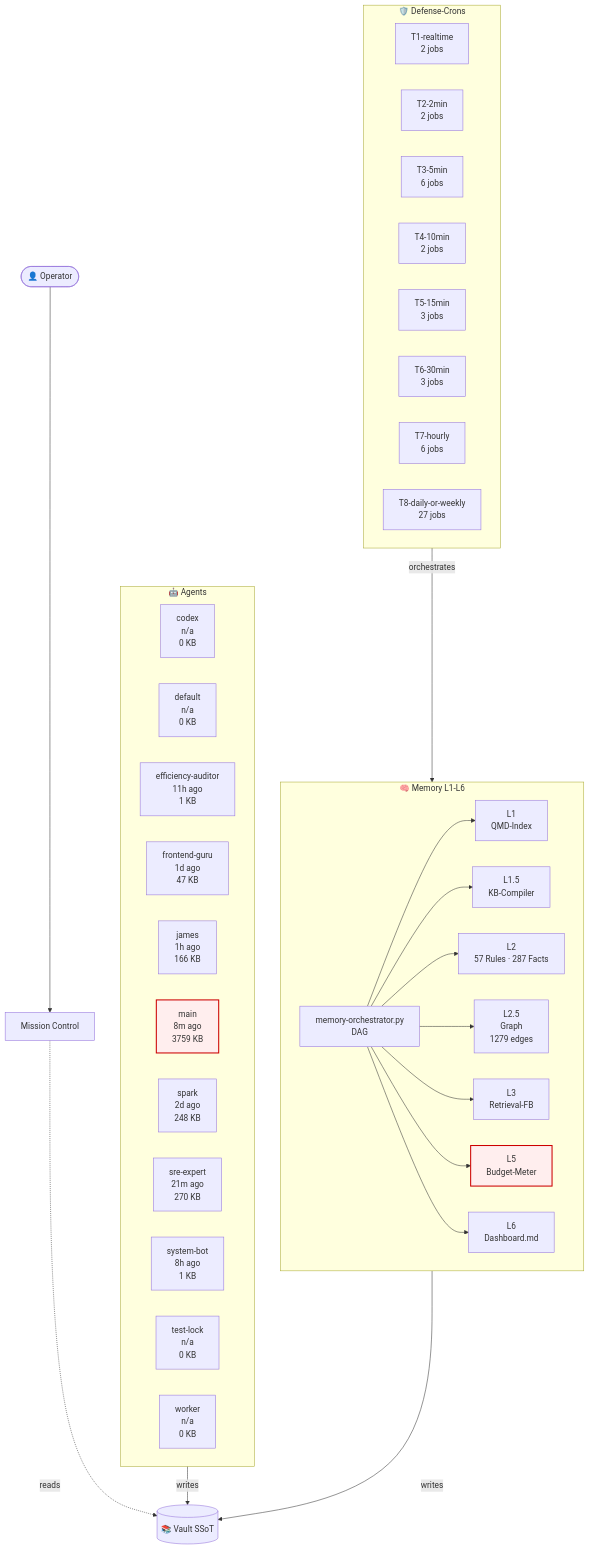
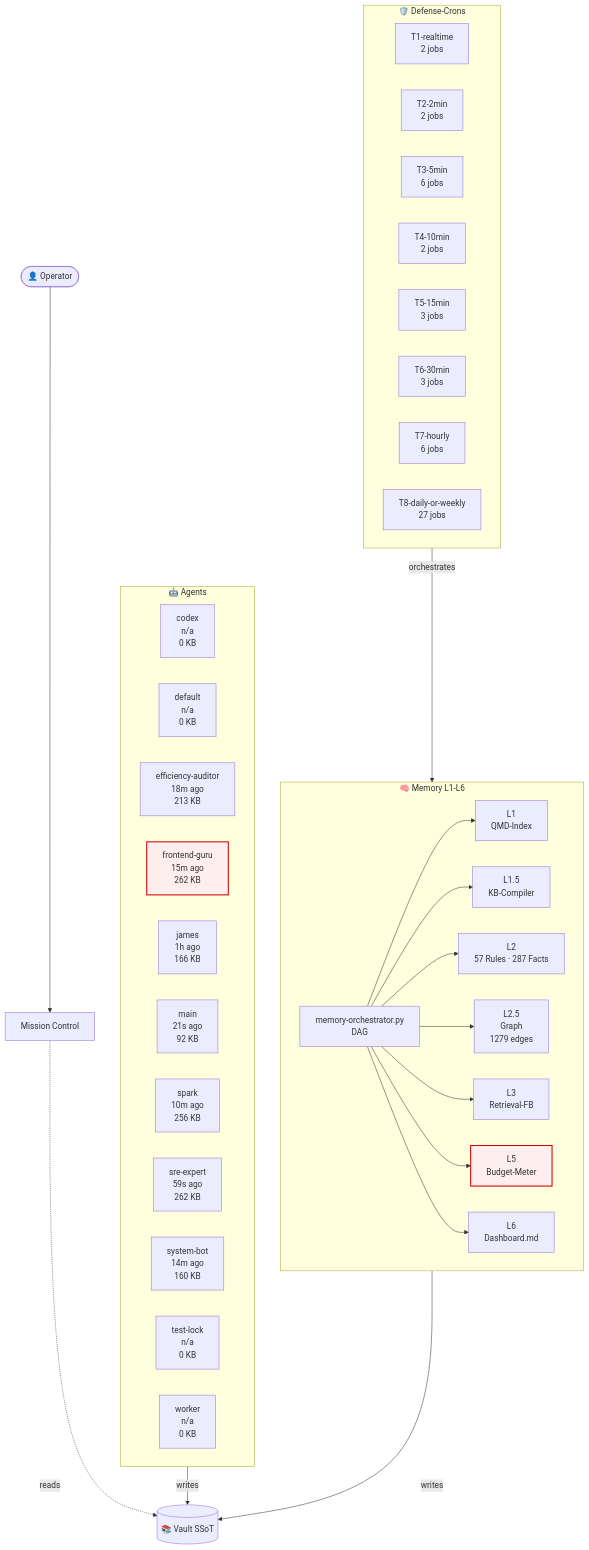
One commit to lenardhuebner88-rgb/openclaw-memory changed the diagram in 03-Agents/architecture-live.md. Above: the diagram before and after it, drawn with Mermaid. The commit also changed other lines of this file and 19 other files, not shown here.

````diff
--- a/03-Agents/architecture-live.md
+++ b/03-Agents/architecture-live.md
@@ -18,54 +18,54 @@
 ```mermaid
 flowchart TB
     classDef critical fill:#fee,stroke:#c00,stroke-width:2px;
     subgraph AGT["🤖 Agents"]
         agent_codex["codex<br/>n/a<br/>0 KB"]
         agent_default["default<br/>n/a<br/>0 KB"]
-        agent_efficiency_auditor["efficiency-auditor<br/>11h ago<br/>1 KB"]
-        agent_frontend_guru["frontend-guru<br/>1d ago<br/>47 KB"]
+        agent_efficiency_auditor["efficiency-auditor<br/>18m ago<br/>213 KB"]
+        agent_frontend_guru["frontend-guru<br/>15m ago<br/>262 KB"]
         agent_james["james<br/>1h ago<br/>166 KB"]
-        agent_main["main<br/>8m ago<br/>3759 KB"]
-        agent_spark["spark<br/>2d ago<br/>248 KB"]
-        agent_sre_expert["sre-expert<br/>21m ago<br/>270 KB"]
-        agent_system_bot["system-bot<br/>8h ago<br/>1 KB"]
+        agent_main["main<br/>21s ago<br/>92 KB"]
+        agent_spark["spark<br/>10m ago<br/>256 KB"]
+        agent_sre_expert["sre-expert<br/>59s ago<br/>262 KB"]
+        agent_system_bot["system-bot<br/>14m ago<br/>160 KB"]
         agent_test_lock["test-lock<br/>n/a<br/>0 KB"]
         agent_worker["worker<br/>n/a<br/>0 KB"]
     end
     subgraph MEM["🧠 Memory L1-L6"]
         L1["L1<br/>QMD-Index"]
         L15["L1.5<br/>KB-Compiler"]
         L2["L2<br/>57 Rules · 287 Facts"]
         L25["L2.5<br/>Graph<br/>1279 edges"]
         L3["L3<br/>Retrieval-FB"]
         L5["L5<br/>Budget-Meter"]
         L6["L6<br/>Dashboard.md"]
         ORCH["memory-orchestrator.py<br/>DAG"]
     end
     subgraph CRN["🛡️ Defense-Crons"]
         tier_T1_realtime["T1-realtime<br/>2 jobs"]
         tier_T2_2min["T2-2min<br/>2 jobs"]
         tier_T3_5min["T3-5min<br/>6 jobs"]
         tier_T4_10min["T4-10min<br/>2 jobs"]
         tier_T5_15min["T5-15min<br/>3 jobs"]
         tier_T6_30min["T6-30min<br/>3 jobs"]
         tier_T7_hourly["T7-hourly<br/>6 jobs"]
         tier_T8_daily_or_weekly["T8-daily-or-weekly<br/>27 jobs"]
     end
     VAULT[("📚 Vault SSoT")]
     OP([👤 Operator])
     MC["Mission Control"]
     OP --> MC
     MC -.reads.-> VAULT
     AGT -->|writes| VAULT
     MEM -->|writes| VAULT
     ORCH --> L1
     ORCH --> L15
     ORCH --> L2
     ORCH --> L25
     ORCH --> L3
     ORCH --> L5
     ORCH --> L6
     CRN -->|orchestrates| MEM
     class L5 critical
-    class agent_main critical
+    class agent_frontend_guru critical
 ```
````
